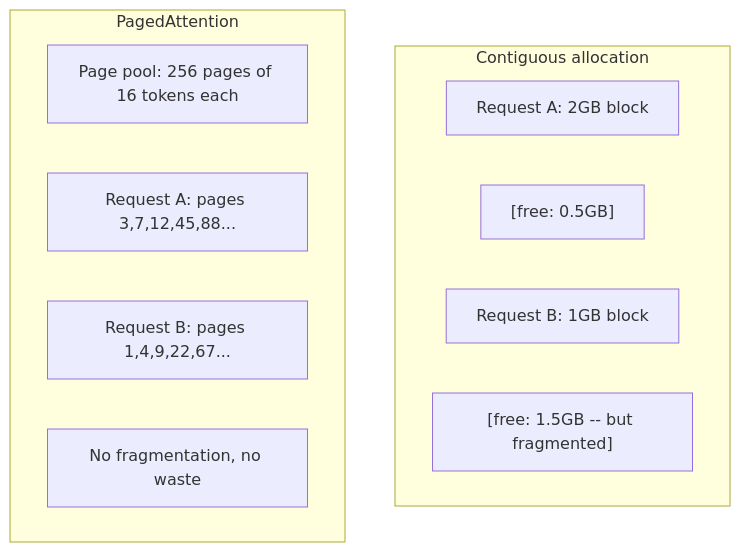
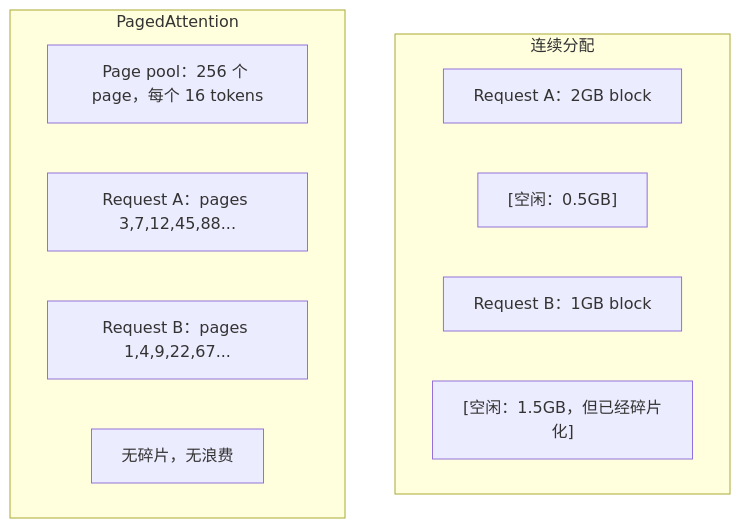
Before and after one commit to husky1102/ai-engineering-from-scratch-zh: the fourth of 5 diagrams in phases/10-llms-from-scratch/12-inference-optimization/docs/zh-CN.md, drawn with Mermaid. The commit also changed other lines of this file and 1 other file, not shown here.

````diff
--- a/phases/10-llms-from-scratch/12-inference-optimization/docs/zh-CN.md
+++ b/phases/10-llms-from-scratch/12-inference-optimization/docs/zh-CN.md
@@ -136,16 +136,16 @@
 ```mermaid
 graph TD
-    subgraph "Contiguous allocation"
-        C1["Request A: 2GB block"]
-        C2["[free: 0.5GB]"]
-        C3["Request B: 1GB block"]
-        C4["[free: 1.5GB -- but fragmented]"]
+    subgraph "连续分配"
+        C1["Request A：2GB block"]
+        C2["[空闲：0.5GB]"]
+        C3["Request B：1GB block"]
+        C4["[空闲：1.5GB，但已经碎片化]"]
     end
 
     subgraph "PagedAttention"
-        P1["Page pool: 256 pages of 16 tokens each"]
-        P2["Request A: pages 3,7,12,45,88..."]
-        P3["Request B: pages 1,4,9,22,67..."]
-        P4["No fragmentation, no waste"]
+        P1["Page pool：256 个 page，每个 16 tokens"]
+        P2["Request A：pages 3,7,12,45,88..."]
+        P3["Request B：pages 1,4,9,22,67..."]
+        P4["无碎片，无浪费"]
     end
 ```
````
